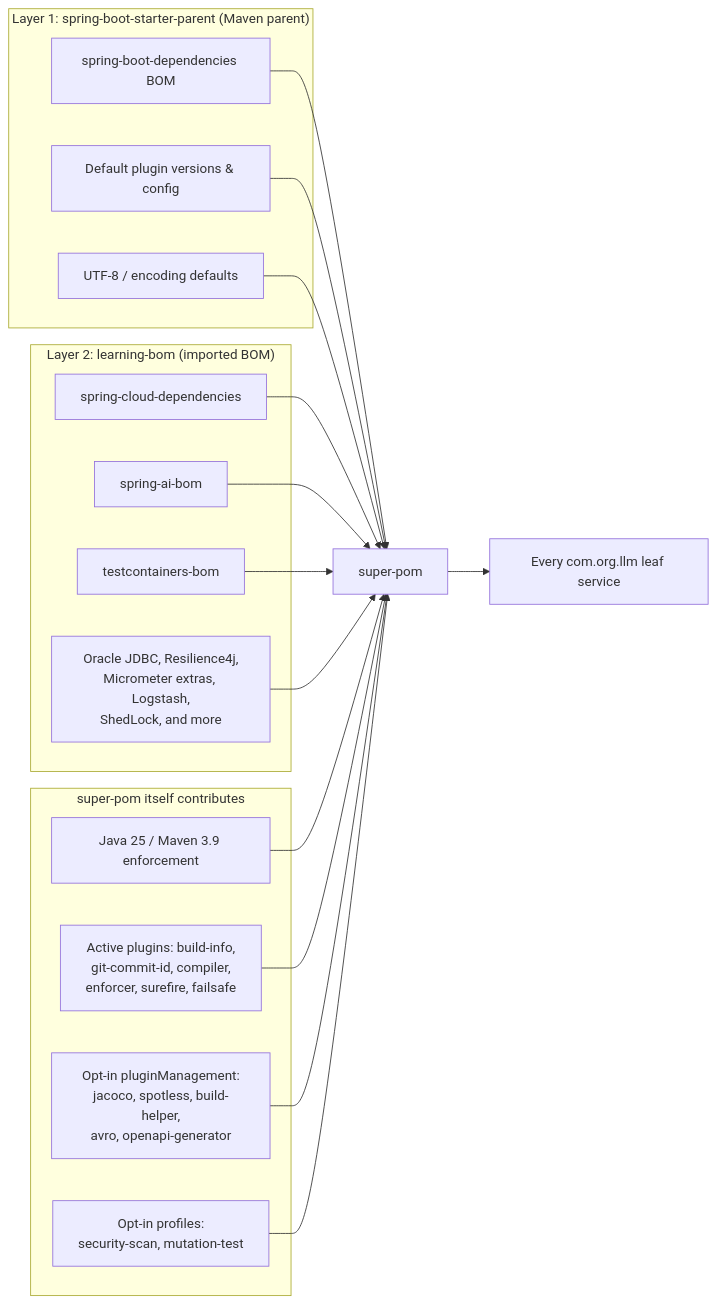
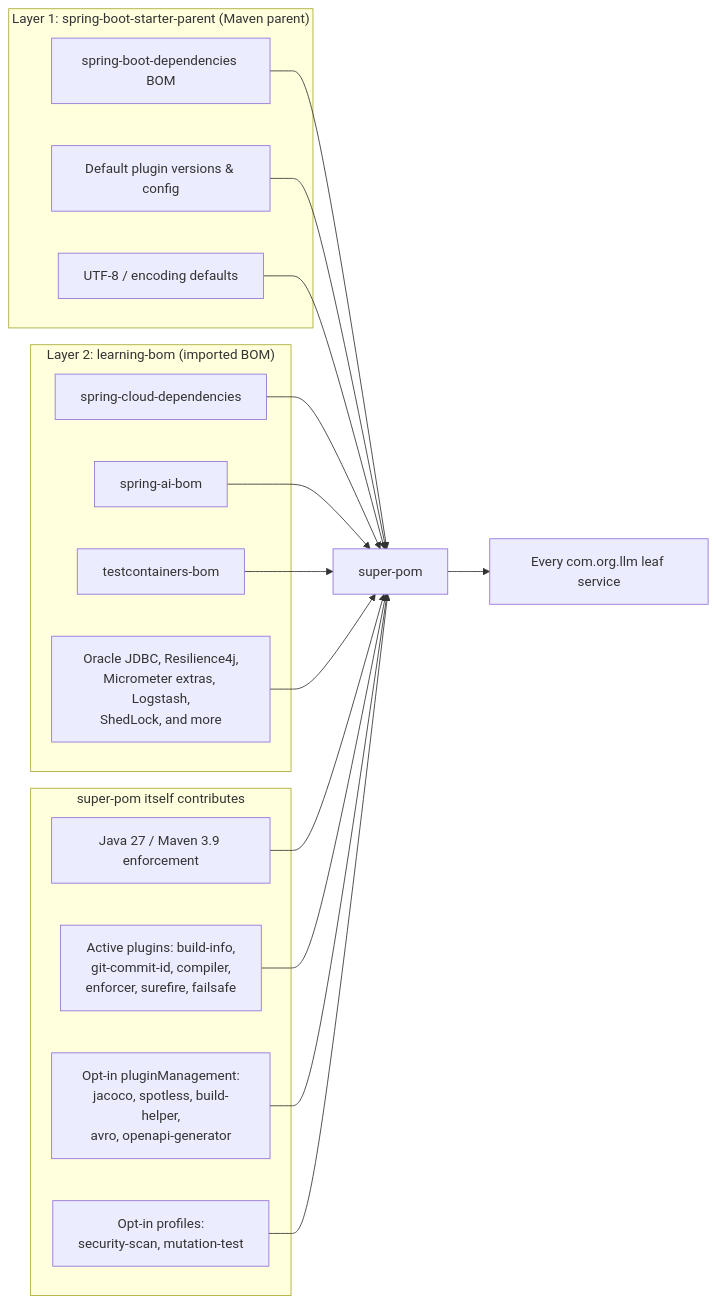
Before and after one commit to himnay/super-pom: the second of 2 diagrams in README.md, drawn with Mermaid. The commit also changed other lines of this file and 1 other file, not shown here.

First line of the commit message:
Release super-pom 1.2.0: Java 27 baseline

````diff
--- a/README.md
+++ b/README.md
@@ -251,25 +251,25 @@
 ```mermaid
 flowchart LR
     subgraph "Layer 1: spring-boot-starter-parent (Maven parent)"
         A1[spring-boot-dependencies BOM]
         A2[Default plugin versions & config]
         A3[UTF-8 / encoding defaults]
     end
     subgraph "Layer 2: learning-bom (imported BOM)"
         B1[spring-cloud-dependencies]
         B2[spring-ai-bom]
         B3[testcontainers-bom]
         B4[Oracle JDBC, Resilience4j,<br/>Micrometer extras, Logstash,<br/>ShedLock, and more]
     end
     subgraph "super-pom itself contributes"
-        C1[Java 25 / Maven 3.9 enforcement]
+        C1[Java 27 / Maven 3.9 enforcement]
         C2[Active plugins: build-info,<br/>git-commit-id, compiler,<br/>enforcer, surefire, failsafe]
         C3[Opt-in pluginManagement:<br/>jacoco, spotless, build-helper,<br/>avro, openapi-generator]
         C4[Opt-in profiles:<br/>security-scan, mutation-test]
     end
 
     A1 & A2 & A3 --> D[super-pom]
     B1 & B2 & B3 & B4 --> D
     C1 & C2 & C3 & C4 --> D
     D --> E[Every com.org.llm leaf service]
 ```
````
